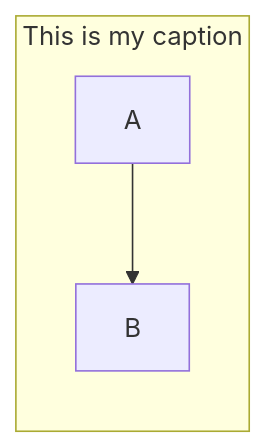
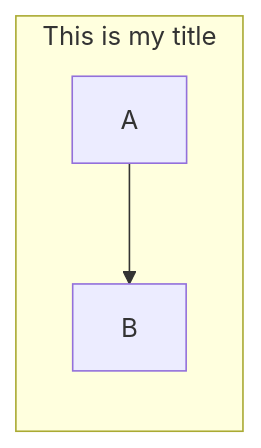
Before and after one commit to PastranaDigital/mermaid-presentation: the second of 2 diagrams in README.md, drawn with Mermaid. The commit also changed other lines of this file and 2 other files, not shown here.

````diff
--- a/README.md
+++ b/README.md
@@ -24,6 +26,6 @@
 ```mermaid
 graph LR
-  subgraph This is my caption
+  subgraph This is my title
     A --> B
   end
 ```
````
